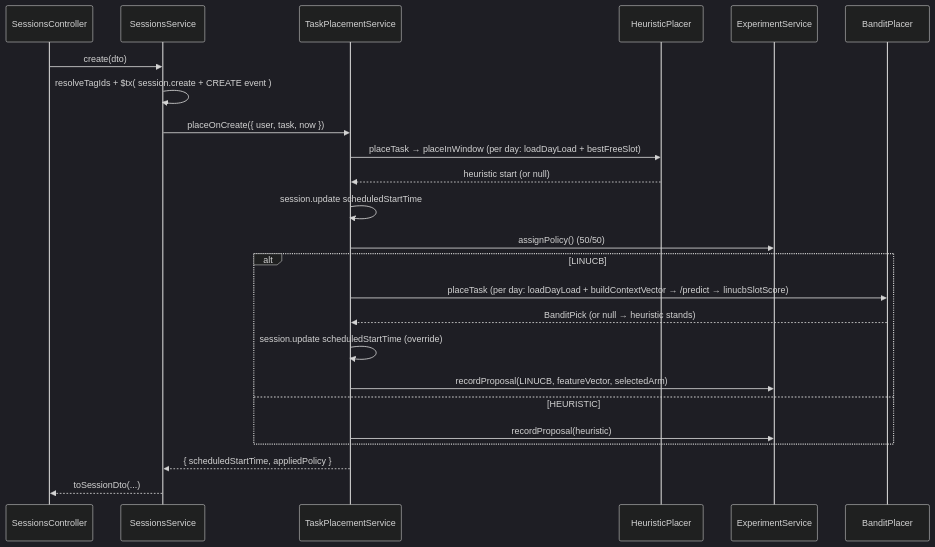
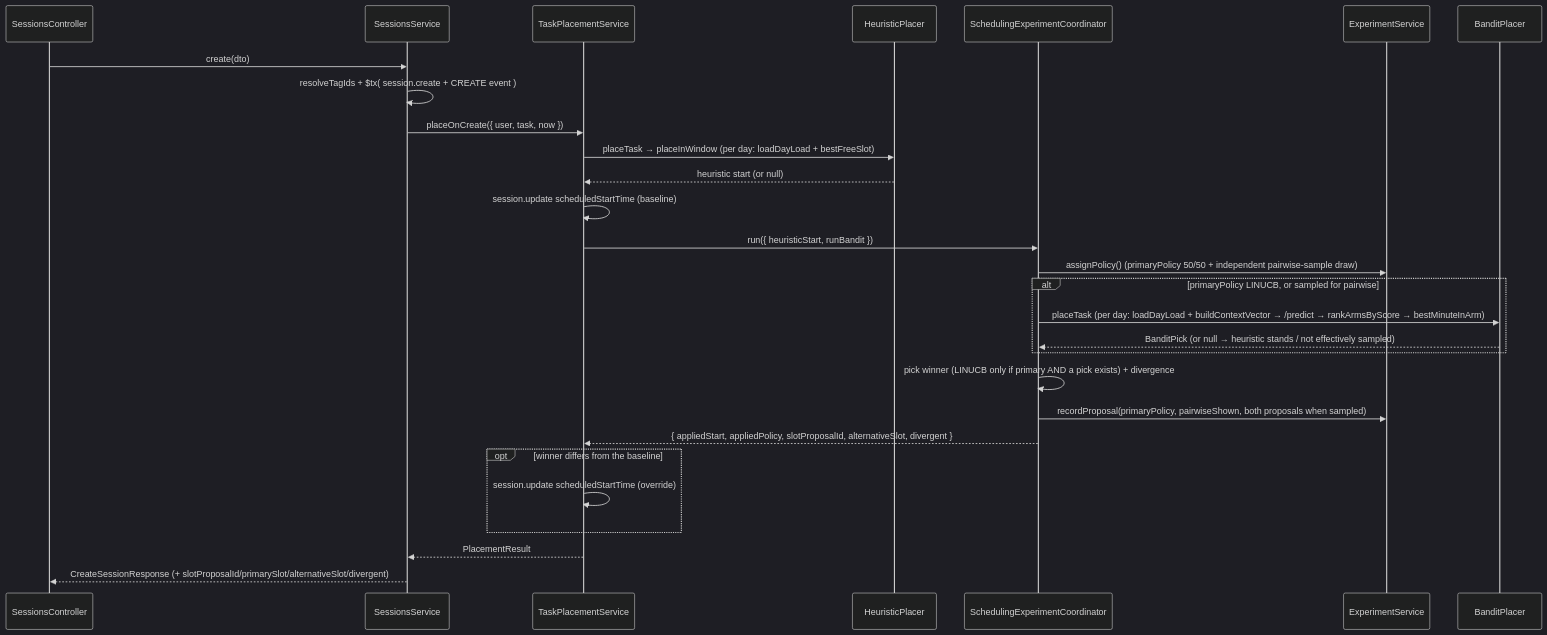
One commit to tryzenflow/zenflow changed the second of 6 diagrams in backend/README.md. Above: the diagram before and after it, drawn with Mermaid (dark theme). The commit also changed other lines of this file and 9 other files, not shown here.

First line of the commit message:
feat(scheduler): split LinUCB arm selection from minute selection (Item 3B1/B2)

````diff
--- a/backend/README.md
+++ b/backend/README.md
@@ -681,26 +708,30 @@
 ```mermaid
 sequenceDiagram
   participant C as SessionsController
   participant S as SessionsService
   participant T as TaskPlacementService
   participant H as HeuristicPlacer
+  participant X as SchedulingExperimentCoordinator
   participant E as ExperimentService
   participant B as BanditPlacer
   C->>S: create(dto)
   S->>S: resolveTagIds + $tx( session.create + CREATE event )
   S->>T: placeOnCreate({ user, task, now })
   T->>H: placeTask → placeInWindow (per day: loadDayLoad + bestFreeSlot)
   H-->>T: heuristic start (or null)
-  T->>T: session.update scheduledStartTime
-  T->>E: assignPolicy()  (50/50)
-  alt LINUCB
-    T->>B: placeTask (per day: loadDayLoad + buildContextVector → /predict → linucbSlotScore)
-    B-->>T: BanditPick (or null → heuristic stands)
+  T->>T: session.update scheduledStartTime (baseline)
+  T->>X: run({ heuristicStart, runBandit })
+  X->>E: assignPolicy()  (primaryPolicy 50/50 + independent pairwise-sample draw)
+  alt primaryPolicy LINUCB, or sampled for pairwise
+    X->>B: placeTask (per day: loadDayLoad + buildContextVector → /predict → rankArmsByScore → bestMinuteInArm)
+    B-->>X: BanditPick (or null → heuristic stands / not effectively sampled)
+  end
+  X->>X: pick winner (LINUCB only if primary AND a pick exists) + divergence
+  X->>E: recordProposal(primaryPolicy, pairwiseShown, both proposals when sampled)
+  X-->>T: { appliedStart, appliedPolicy, slotProposalId, alternativeSlot, divergent }
+  opt winner differs from the baseline
     T->>T: session.update scheduledStartTime (override)
-    T->>E: recordProposal(LINUCB, featureVector, selectedArm)
-  else HEURISTIC
-    T->>E: recordProposal(heuristic)
   end
-  T-->>S: { scheduledStartTime, appliedPolicy }
-  S-->>C: toSessionDto(...)
+  T-->>S: PlacementResult
+  S-->>C: CreateSessionResponse (+ slotProposalId/primarySlot/alternativeSlot/divergent)
 ```
````
